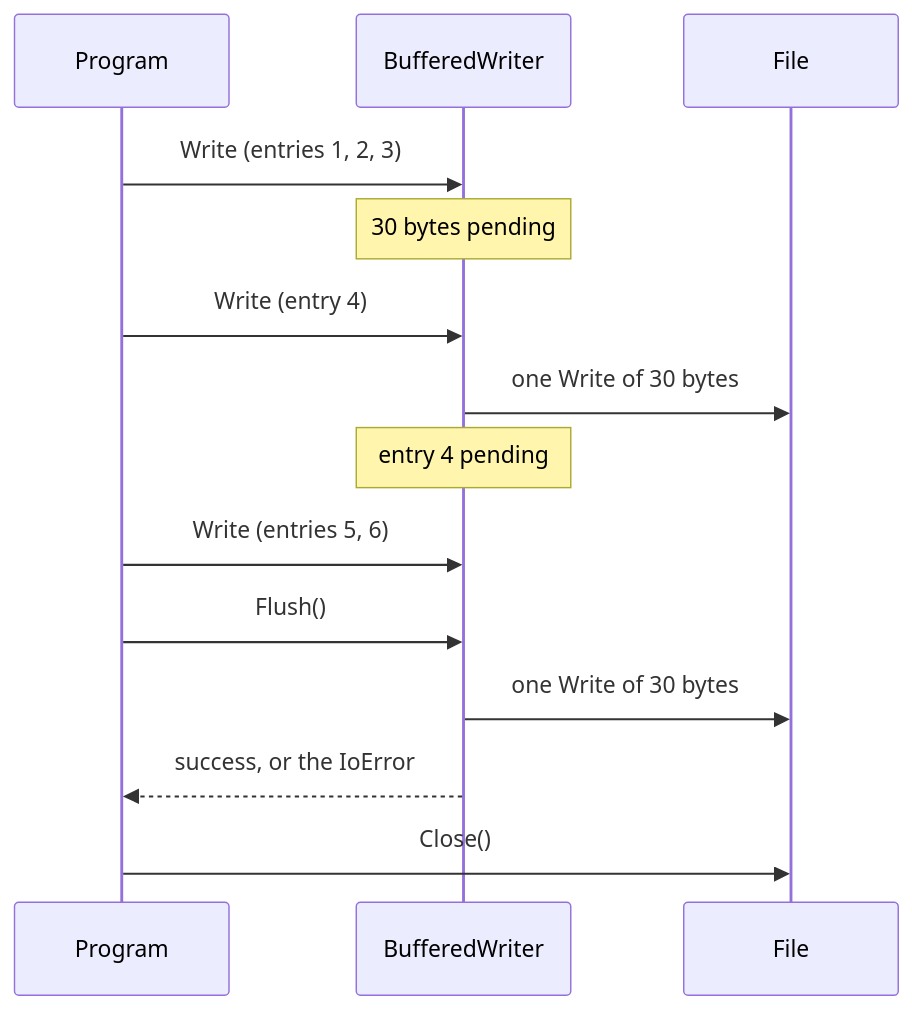
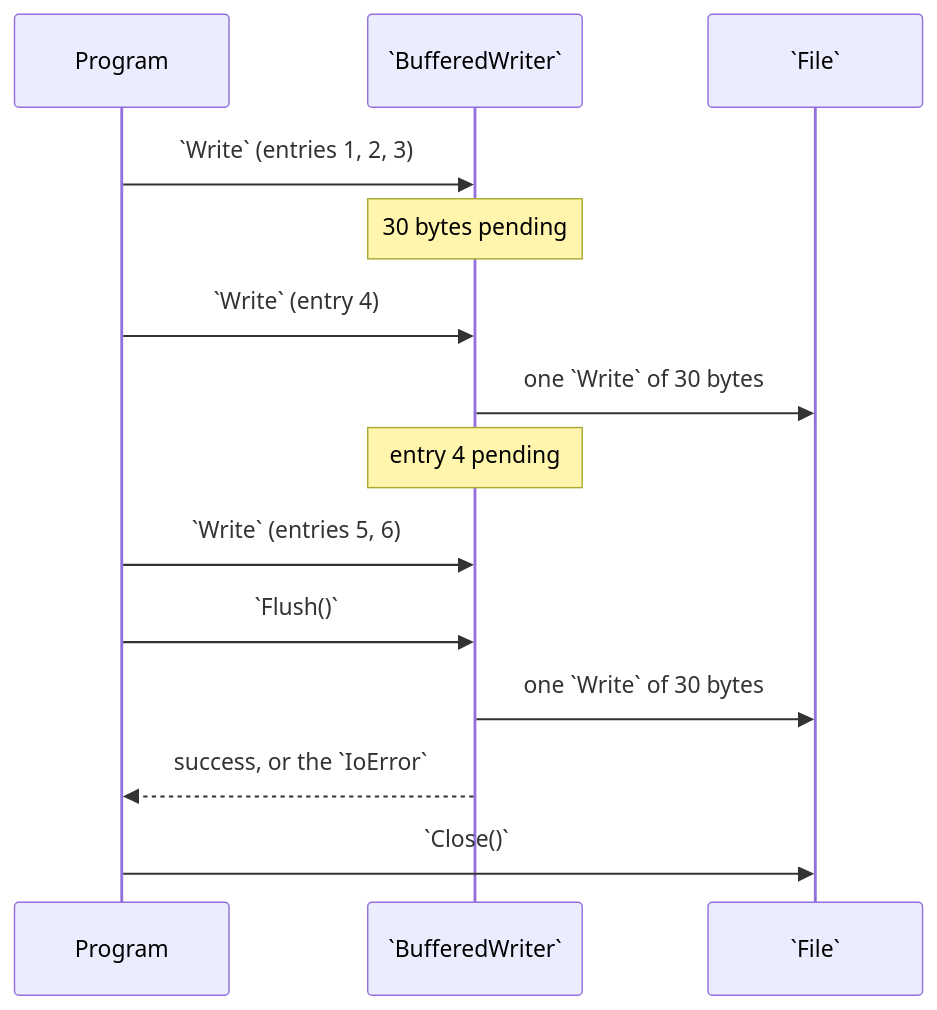
One commit to rux-lang/Web changed the diagram in content/docs/1.learn/19.files/08.buffered-io.md. Above: the diagram before and after it, drawn with Mermaid. The commit also changed 187 other files, not shown here.

First line of the commit message:
Draw the Learn diagrams for phones, with code in the mono face

````diff
--- a/content/docs/1.learn/19.files/08.buffered-io.md
+++ b/content/docs/1.learn/19.files/08.buffered-io.md
@@ -60,16 +60,16 @@
 ```mermaid
 sequenceDiagram
     participant P as Program
-    participant B as BufferedWriter
-    participant F as File
-    P->>B: Write (entries 1, 2, 3)
+    participant B as `BufferedWriter`
+    participant F as `File`
+    P->>B: `Write` (entries 1, 2, 3)
     Note over B: 30 bytes pending
-    P->>B: Write (entry 4)
-    B->>F: one Write of 30 bytes
+    P->>B: `Write` (entry 4)
+    B->>F: one `Write` of 30 bytes
     Note over B: entry 4 pending
-    P->>B: Write (entries 5, 6)
-    P->>B: Flush()
-    B->>F: one Write of 30 bytes
-    B-->>P: success, or the IoError
-    P->>F: Close()
+    P->>B: `Write` (entries 5, 6)
+    P->>B: `Flush()`
+    B->>F: one `Write` of 30 bytes
+    B-->>P: success, or the `IoError`
+    P->>F: `Close()`
 ```
````
